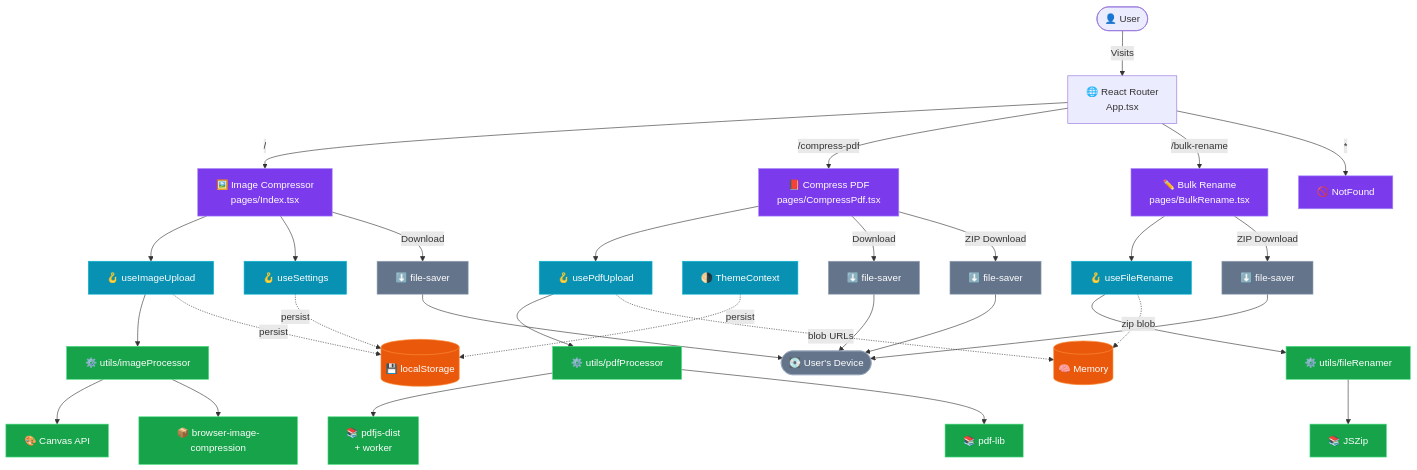
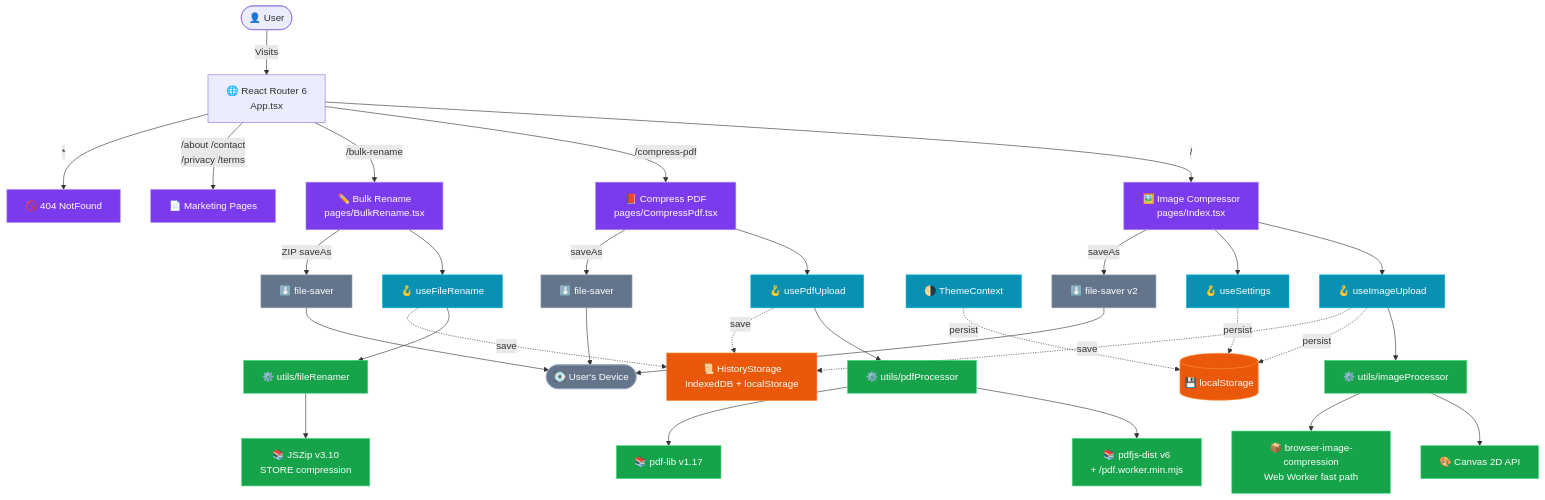
Before and after one commit to girishlade111/image-squeeze-express: the first of 6 diagrams in README.md, drawn with Mermaid. The commit also changed other lines of this file, not shown here.

````diff
--- a/README.md
+++ b/README.md
@@ -282,52 +265,53 @@
 ```mermaid
 flowchart TB
-    User([👤 User]) -->|Visits| Router[🌐 React Router<br/>App.tsx]
+    User([👤 User]) -->|Visits| Router[🌐 React Router 6<br/>App.tsx]
 
     Router -->|"/"| Image[🖼️ Image Compressor<br/>pages/Index.tsx]
     Router -->|"/compress-pdf"| Pdf[📕 Compress PDF<br/>pages/CompressPdf.tsx]
     Router -->|"/bulk-rename"| Rename[✏️ Bulk Rename<br/>pages/BulkRename.tsx]
-    Router -->|"*"| NotFound[🚫 NotFound]
+    Router -->|"/about /contact<br/>/privacy /terms"| Pages[📄 Marketing Pages]
+    Router -->|"*"| NotFound[🚫 404 NotFound]
 
     Image --> ImgHook[🪝 useImageUpload]
     Image --> ImgSettings[🪝 useSettings]
     Pdf --> PdfHook[🪝 usePdfUpload]
     Rename --> RenameHook[🪝 useFileRename]
 
     ImgHook --> ImgProc[⚙️ utils/imageProcessor]
     PdfHook --> PdfProc[⚙️ utils/pdfProcessor]
     RenameHook --> RenameProc[⚙️ utils/fileRenamer]
 
-    ImgProc --> Canvas[🎨 Canvas API]
-    ImgProc --> BIC[📦 browser-image-compression]
-    PdfProc --> Pdfjs[📚 pdfjs-dist<br/>+ worker]
-    PdfProc --> PdfLib[📚 pdf-lib]
-    RenameProc --> Zip[📚 JSZip]
+    ImgProc --> Canvas[🎨 Canvas 2D API]
+    ImgProc --> BIC[📦 browser-image-compression<br/>Web Worker fast path]
+    PdfProc --> Pdfjs[📚 pdfjs-dist v6<br/>+ /pdf.worker.min.mjs]
+    PdfProc --> PdfLib[📚 pdf-lib v1.17]
+    RenameProc --> Zip[📚 JSZip v3.10<br/>STORE compression]
 
     ImgSettings -.->|persist| LS1[(💾 localStorage)]
     ImgHook -.->|persist| LS1
-    PdfHook -.->|blob URLs| MEM[(🧠 Memory)]
-    RenameHook -.->|zip blob| MEM
     Theme[🌗 ThemeContext] -.->|persist| LS1
 
-    Image -->|Download| Save1[⬇️ file-saver]
-    Pdf -->|Download| Save2[⬇️ file-saver]
-    Rename -->|ZIP Download| Save3[⬇️ file-saver]
-    Pdf -->|ZIP Download| Save4[⬇️ file-saver]
+    ImgHook -.->|save| Hist[📜 HistoryStorage<br/>IndexedDB + localStorage]
+    PdfHook -.->|save| Hist
+    RenameHook -.->|save| Hist
+
+    Image -->|saveAs| Save1[⬇️ file-saver v2]
+    Pdf -->|saveAs| Save2[⬇️ file-saver]
+    Rename -->|ZIP saveAs| Save3[⬇️ file-saver]
 
     Save1 --> Disk([💽 User's Device])
     Save2 --> Disk
     Save3 --> Disk
-    Save4 --> Disk
 
     classDef page fill:#7c3aed,stroke:#a78bfa,color:#fff
     classDef hook fill:#0891b2,stroke:#06b6d4,color:#fff
     classDef util fill:#16a34a,stroke:#4ade80,color:#fff
     classDef store fill:#ea580c,stroke:#fb923c,color:#fff
     classDef io fill:#64748b,stroke:#94a3b8,color:#fff
 
-    class Image,Pdf,Rename,NotFound page
+    class Image,Pdf,Rename,Pages,NotFound page
     class ImgHook,ImgSettings,PdfHook,RenameHook,Theme hook
     class ImgProc,PdfProc,RenameProc,Canvas,BIC,Pdfjs,PdfLib,Zip util
-    class LS1,MEM store
-    class Save1,Save2,Save3,Save4,Disk io
+    class LS1,Hist store
+    class Save1,Save2,Save3,Disk io
 ```
````
